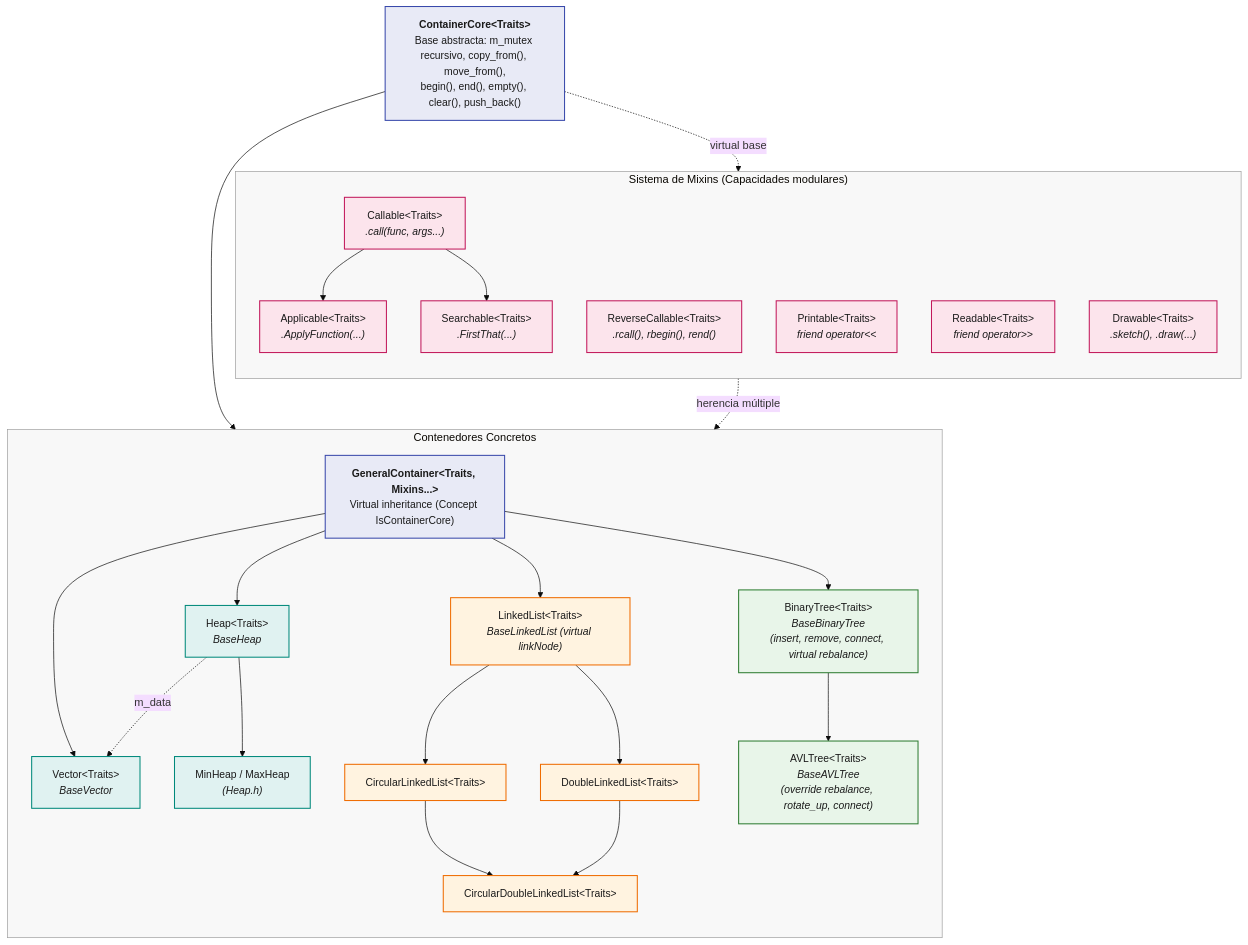
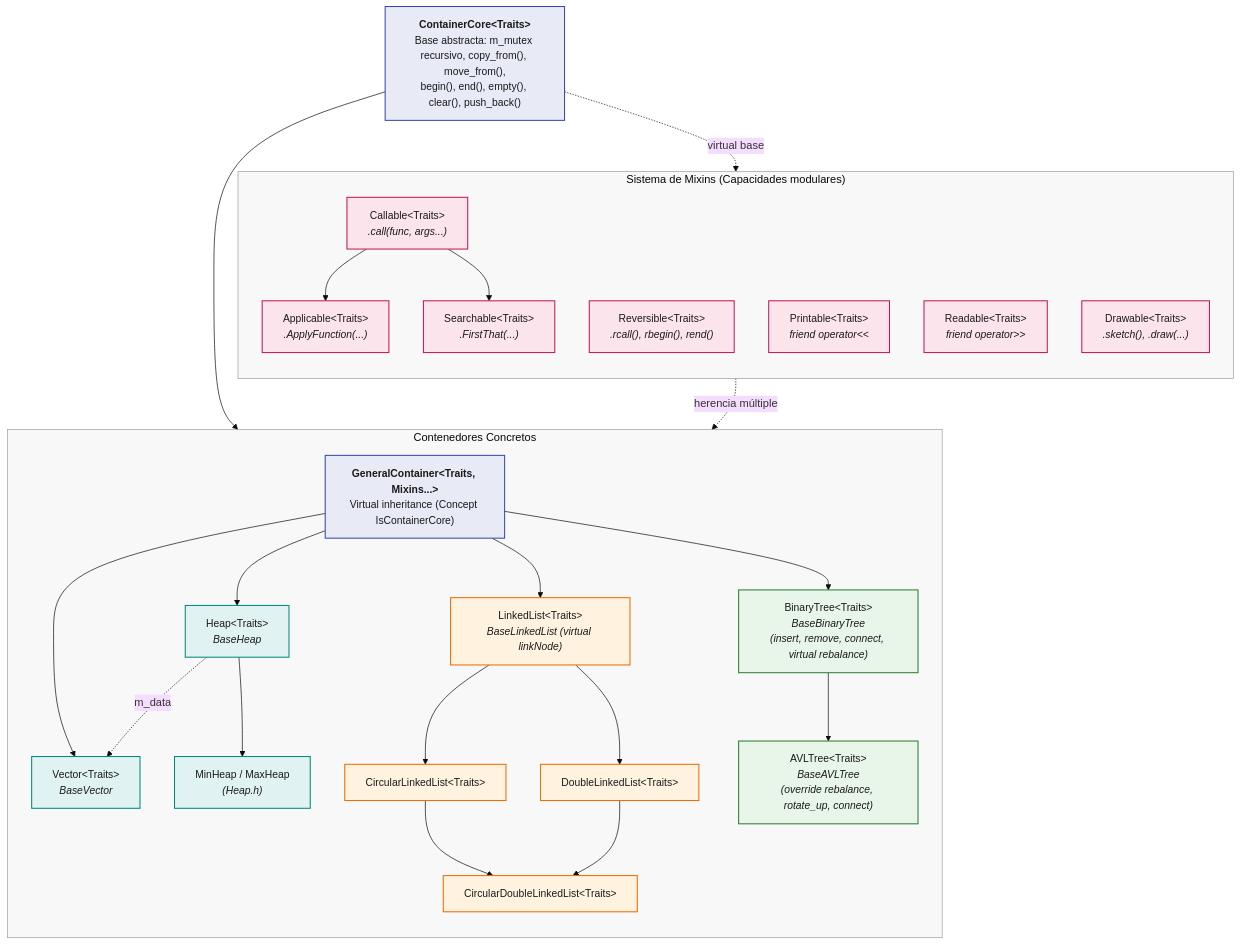
One commit to AldoLunaBueno/2026-II-CS-UNI-CC0E5-AEDAv changed the second of 6 diagrams in README.md. Above: the diagram before and after it, drawn with Mermaid (base theme). The commit also changed 12 other files, not shown here.

````diff
--- a/README.md
+++ b/README.md
@@ -40,70 +40,70 @@
 ```mermaid
 flowchart TB
     CC["<b>ContainerCore#lt;Traits#gt;</b><br/>Base abstracta: m_mutex recursivo, copy_from(), move_from(),<br/>begin(), end(), empty(), clear(), push_back()"]
 
     subgraph MIX["Sistema de Mixins (Capacidades modulares)"]
         direction TB
         CAL["Callable#lt;Traits#gt;<br/><i>.call(func, args...)</i>"]
         APP["Applicable#lt;Traits#gt;<br/><i>.ApplyFunction(...)</i>"]
         SEA["Searchable#lt;Traits#gt;<br/><i>.FirstThat(...)</i>"]
-        RCAL["ReverseCallable#lt;Traits#gt;<br/><i>.rcall(), rbegin(), rend()</i>"]
+        RCAL["Reversible#lt;Traits#gt;<br/><i>.rcall(), rbegin(), rend()</i>"]
         PRI["Printable#lt;Traits#gt;<br/><i>friend operator#lt;#lt;</i>"]
         REA["Readable#lt;Traits#gt;<br/><i>friend operator#gt;#gt;</i>"]
         DRW["Drawable#lt;Traits#gt;<br/><i>.sketch(), .draw(...)</i>"]
 
         CAL --> APP
         CAL --> SEA
     end
 
     GC["<b>GeneralContainer#lt;Traits, Mixins...#gt;</b><br/>Virtual inheritance (Concept IsContainerCore)"]
 
     CC --> GC
     CC -. "virtual base" .-> MIX
     MIX -. "herencia múltiple" .-> GC
 
     subgraph CONT_STRUCT["Contenedores Concretos"]
         direction TB
         V["Vector#lt;Traits#gt;<br/><i>BaseVector</i>"]
         
         H["Heap#lt;Traits#gt;<br/><i>BaseHeap</i>"]
         MH["MinHeap / MaxHeap<br/><i>(Heap.h)</i>"]
         
         LL["LinkedList#lt;Traits#gt;<br/><i>BaseLinkedList (virtual linkNode)</i>"]
         LC["CircularLinkedList#lt;Traits#gt;"]
         LDE["DoubleLinkedList#lt;Traits#gt;"]
         LDEC["CircularDoubleLinkedList#lt;Traits#gt;"]
         
         BT["BinaryTree#lt;Traits#gt;<br/><i>BaseBinaryTree<br/>(insert, remove, connect, virtual rebalance)</i>"]
         AVL["AVLTree#lt;Traits#gt;<br/><i>BaseAVLTree<br/>(override rebalance, rotate_up, connect)</i>"]
 
         GC --> V
         GC --> H
         GC --> LL
         GC --> BT
 
         H --> MH
         H -. "m_data" .-> V
 
         LL --> LC
         LL --> LDE
         LC --> LDEC
         LDE --> LDEC
 
         BT --> AVL
     end
 
     classDef base fill:#E8EAF6,stroke:#3949AB,color:#1A1A1A,stroke-width:1.5px,font-size:15px;
     classDef mixin fill:#FCE4EC,stroke:#C2185B,color:#1A1A1A,stroke-width:1.5px,font-size:15px;
     classDef vec fill:#E0F2F1,stroke:#00897B,color:#1A1A1A,stroke-width:1.5px,font-size:15px;
     classDef lista fill:#FFF3E0,stroke:#EF6C00,color:#1A1A1A,stroke-width:1.5px,font-size:15px;
     classDef arbol fill:#E8F5E9,stroke:#2E7D32,color:#1A1A1A,stroke-width:1.5px,font-size:15px;
 
     class CC,GC base
     class CAL,APP,SEA,RCAL,PRI,REA,DRW mixin
     class V,H,MH vec
     class LL,LC,LDE,LDEC lista
     class BT,AVL arbol
 
     style MIX fill:#8080800F,stroke:#9E9E9E,stroke-width:1px
     style CONT_STRUCT fill:#8080800F,stroke:#9E9E9E,stroke-width:1px
 ```
````
